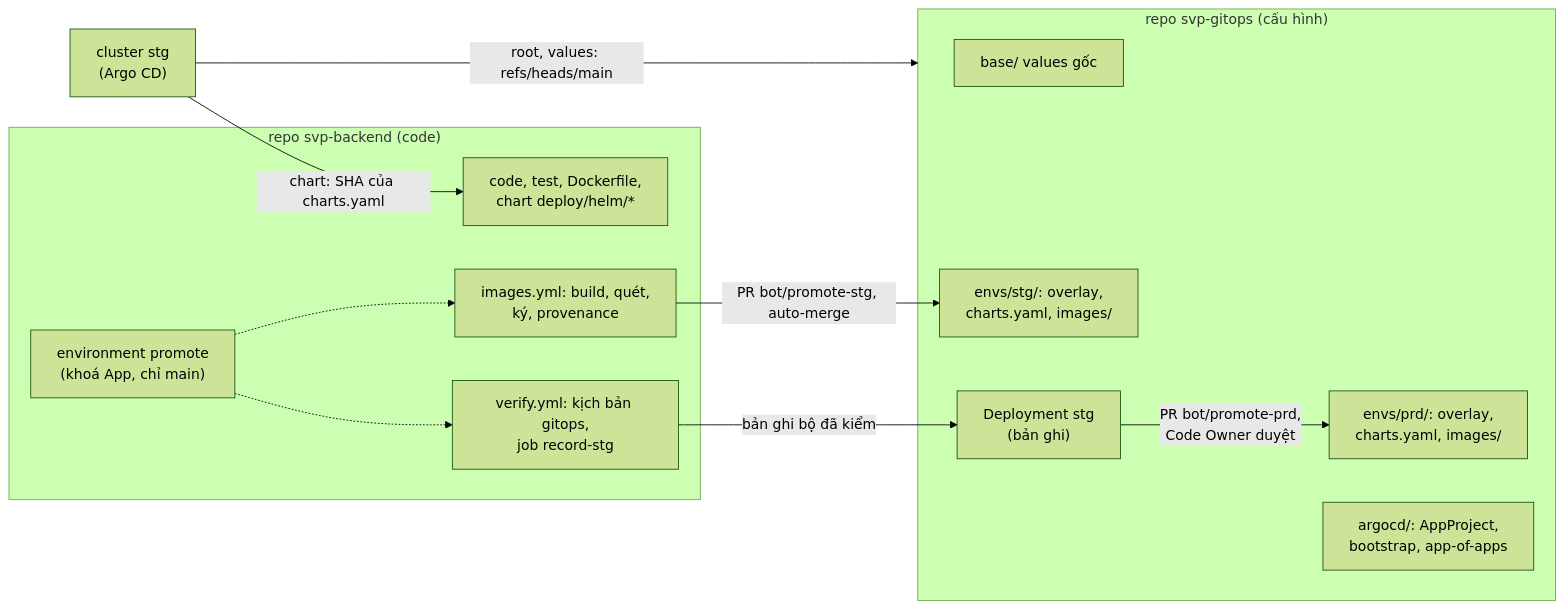
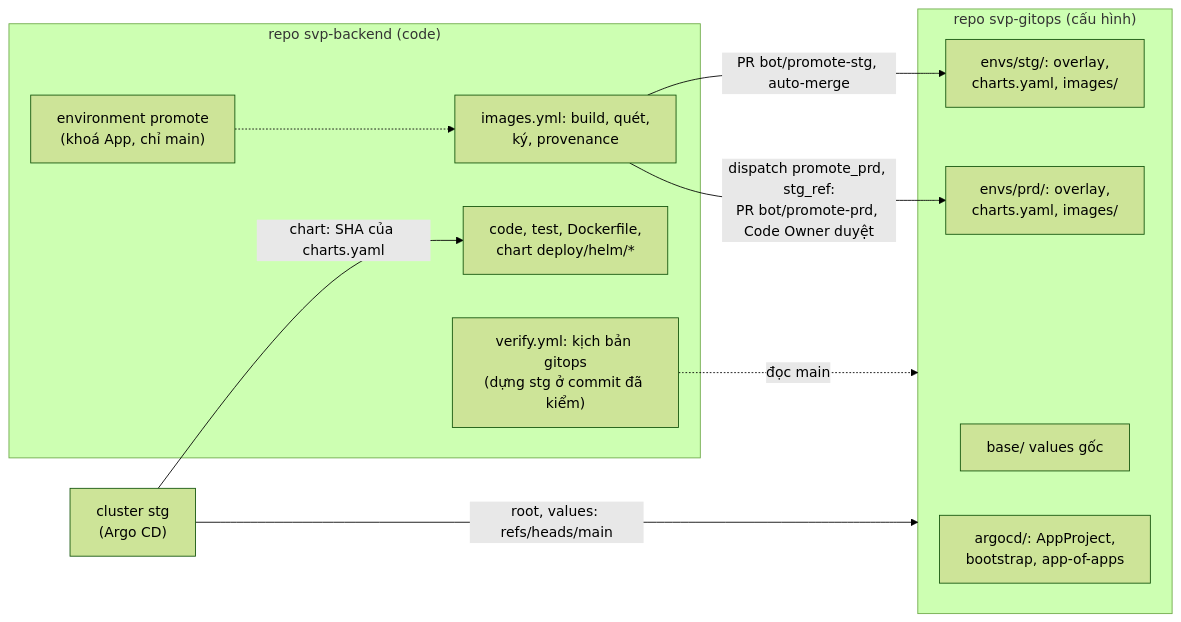
The sixth of 11 diagrams in docs/architecture.md (anhnvcoder/svp-backend), drawn with Mermaid (forest theme) before and after one commit. The commit also changed other lines of this file and 36 other files, not shown here.

````diff
--- a/docs/architecture.md
+++ b/docs/architecture.md
@@ -593,24 +593,22 @@
 ```mermaid
 flowchart LR
     subgraph code["repo svp-backend (code)"]
         src["code, test, Dockerfile,<br/>chart deploy/helm/*"]
         img["images.yml: build, quét,<br/>ký, provenance"]
-        ver["verify.yml: kịch bản gitops,<br/>job record-stg"]
+        ver["verify.yml: kịch bản gitops<br/>(dựng stg ở commit đã kiểm)"]
         env["environment promote<br/>(khoá App, chỉ main)"]
     end
     subgraph cfg["repo svp-gitops (cấu hình)"]
         base["base/ values gốc"]
         stg["envs/stg/: overlay,<br/>charts.yaml, images/"]
         prd["envs/prd/: overlay,<br/>charts.yaml, images/"]
         argo["argocd/: AppProject,<br/>bootstrap, app-of-apps"]
-        dep["Deployment stg<br/>(bản ghi)"]
     end
     cluster["cluster stg<br/>(Argo CD)"]
     img -->|"PR bot/promote-stg, auto-merge"| stg
-    ver -->|"bản ghi bộ đã kiểm"| dep
-    dep -->|"PR bot/promote-prd,<br/>Code Owner duyệt"| prd
+    img -->|"dispatch promote_prd, stg_ref:<br/>PR bot/promote-prd, Code Owner duyệt"| prd
+    ver -.->|"đọc main"| cfg
     env -.-> img
-    env -.-> ver
     cluster -->|"root, values: refs/heads/main"| cfg
     cluster -->|"chart: SHA của charts.yaml"| src
 ```
````
